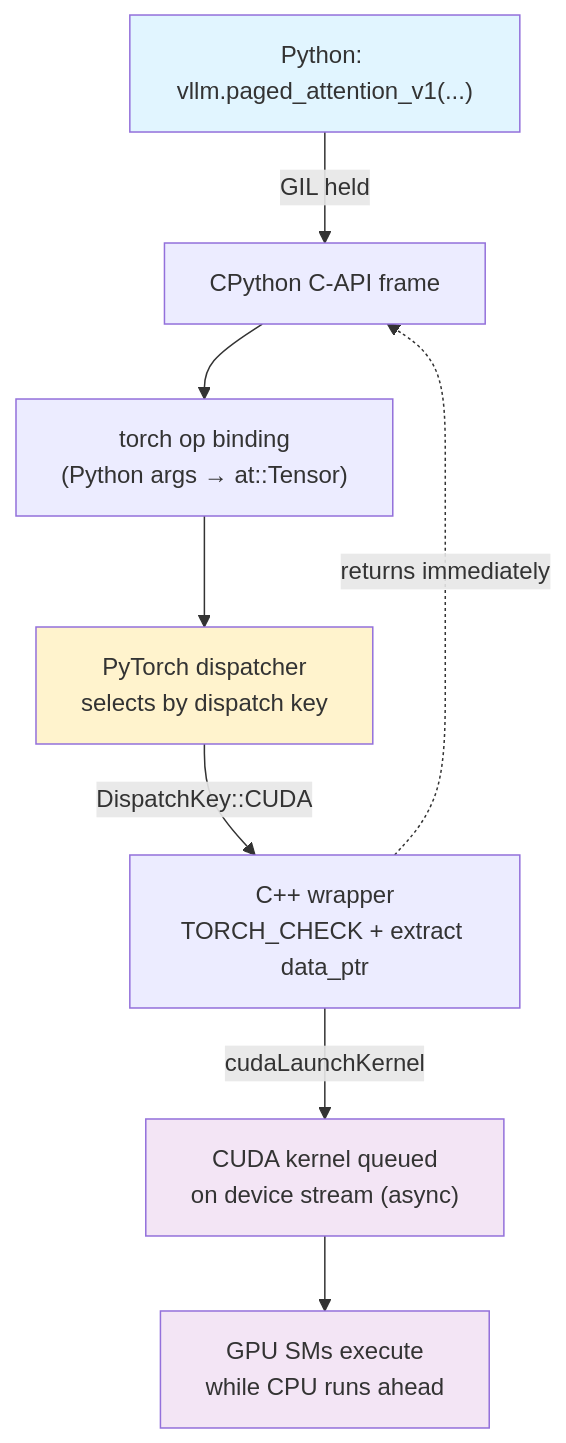
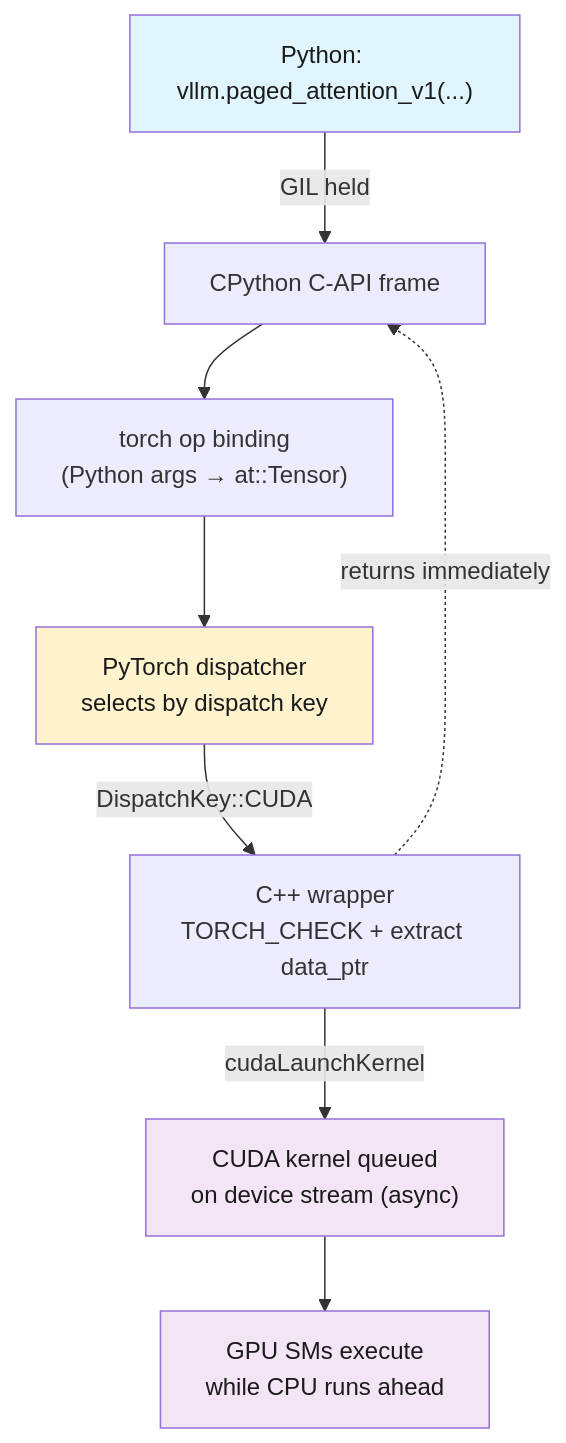
The first of 4 diagrams in _posts/2026-06-22-vllm-custom-kernels-and-abi.md (hiraditya/hiraditya.github.io), drawn with Mermaid before and after one commit. The commit also changed other lines of this file and 2 other files, not shown here.

First line of the commit message:
Fix mermaid node contrast on dark theme

````diff
--- a/_posts/2026-06-22-vllm-custom-kernels-and-abi.md
+++ b/_posts/2026-06-22-vllm-custom-kernels-and-abi.md
@@ -16,15 +16,15 @@
 ```mermaid
 graph TD
     A["Python: vllm.paged_attention_v1(...)"] -->|GIL held| B["CPython C-API frame"]
     B --> C["torch op binding<br/>(Python args → at::Tensor)"]
     C --> D["PyTorch dispatcher<br/>selects by dispatch key"]
     D -->|"DispatchKey::CUDA"| E["C++ wrapper<br/>TORCH_CHECK + extract data_ptr"]
     E -->|cudaLaunchKernel| F["CUDA kernel queued<br/>on device stream (async)"]
     E -.->|returns immediately| B
     F --> G["GPU SMs execute<br/>while CPU runs ahead"]
 
-    style A fill:#e1f5ff
-    style D fill:#fff3cd
-    style F fill:#f3e5f5
-    style G fill:#f3e5f5
+    style A fill:#e1f5ff,color:#1a1a1a
+    style D fill:#fff3cd,color:#1a1a1a
+    style F fill:#f3e5f5,color:#1a1a1a
+    style G fill:#f3e5f5,color:#1a1a1a
 ```
````
